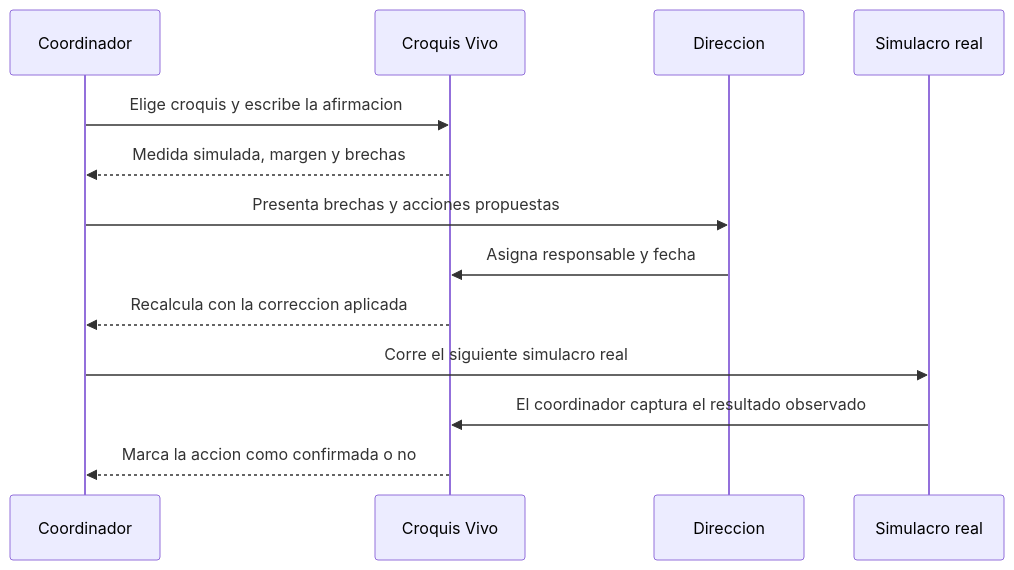
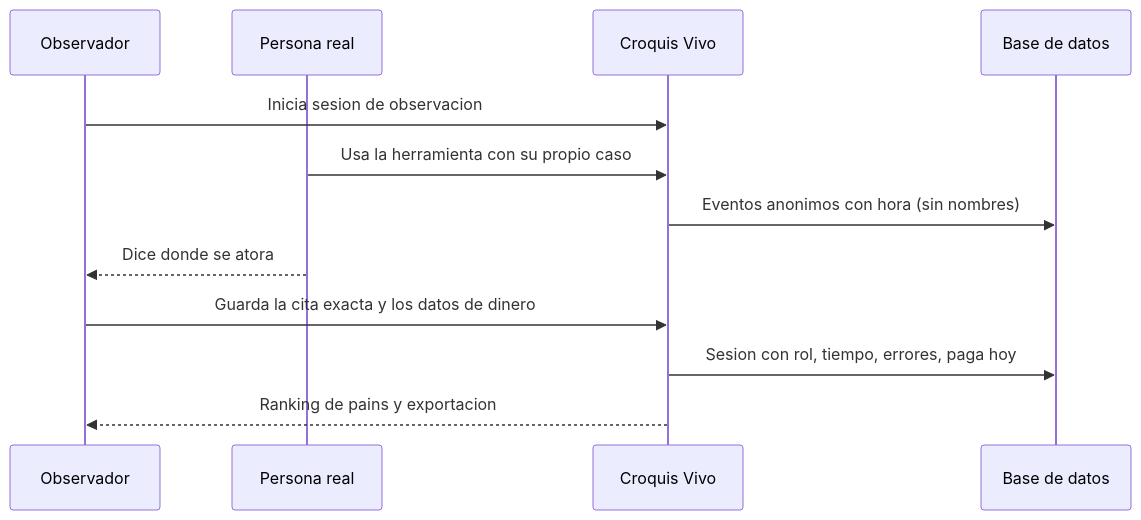
Before and after one commit to nicofloresbuilder-code/croquisvivo: the second of 2 diagrams in docs/PACKET.md, drawn with Mermaid. The commit also changed other lines of this file and 5 other files, not shown here.

````diff
--- a/docs/PACKET.md
+++ b/docs/PACKET.md
@@ -46,15 +47,14 @@
 ```mermaid
 sequenceDiagram
-    participant C as Coordinador
+    participant O as Observador
+    participant U as Persona real
     participant P as Croquis Vivo
-    participant D as Direccion
-    participant R as Simulacro real
-    C->>P: Elige croquis y escribe la afirmacion
-    P-->>C: Medida simulada, margen y brechas
-    C->>D: Presenta brechas y acciones propuestas
-    D->>P: Asigna responsable y fecha
-    P-->>C: Recalcula con la correccion aplicada
-    C->>R: Corre el siguiente simulacro real
-    R->>P: El coordinador captura el resultado observado
-    P-->>C: Marca la accion como confirmada o no
+    participant B as Base de datos
+    O->>P: Inicia sesion de observacion
+    U->>P: Usa la herramienta con su propio caso
+    P->>B: Eventos anonimos con hora (sin nombres)
+    U-->>O: Dice donde se atora
+    O->>P: Guarda la cita exacta y los datos de dinero
+    P->>B: Sesion con rol, tiempo, errores, paga hoy
+    P-->>O: Ranking de pains y exportacion
 ```
````
